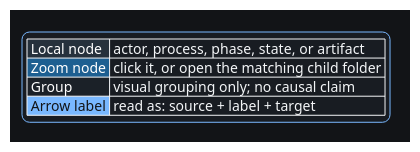
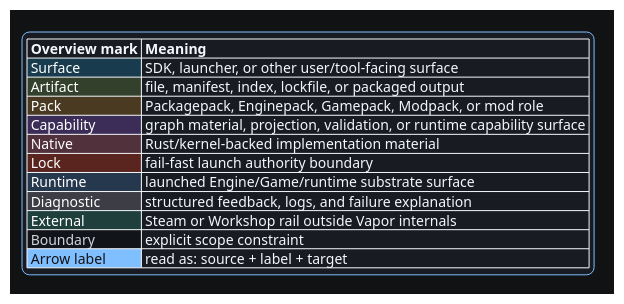
The diagram in loo_cast_alpha/docs/diagrams/_theme.puml (GHF-Studios/Loo-Cast-Legacy), drawn with PlantUML before and after one commit. The commit also changed 34 other files, not shown here.

```diff
--- a/loo_cast_alpha/docs/diagrams/_theme.puml
+++ b/loo_cast_alpha/docs/diagrams/_theme.puml
@@ -1,45 +1,117 @@
-skinparam backgroundColor #121417
+' Diagram type: overview map.
+' These marks are local visual language for overview.puml, not a global taxonomy.
+
+skinparam backgroundColor #101214
 skinparam shadowing false
 skinparam componentStyle rectangle
 skinparam defaultFontName JetBrains Mono
-skinparam defaultFontColor #f3f5f7
+skinparam defaultFontColor #f4f7fa
 skinparam linetype polyline
-skinparam nodesep 42
+skinparam nodesep 34
 skinparam ranksep 42
 skinparam ArrowMessageAlignment center
 hide stereotype
 
 skinparam rectangle {
-  BackgroundColor #26313c
-  BorderColor #7c8b9b
+  BackgroundColor #232a31
+  BorderColor #8a96a3
   FontColor #ffffff
-  RoundCorner 8
+  RoundCorner 6
 }
 
-skinparam rectangle<<zoom>> {
-  BackgroundColor #1d5f91
-  BorderColor #8fd4ff
+skinparam rectangle<<surface>> {
+  BackgroundColor #183b4d
+  BorderColor #7ac7e8
   FontColor #ffffff
 }
 
-skinparam package {
-  BackgroundColor #1b2128
-  BorderColor #5f6a75
+skinparam rectangle<<artifact>> {
+  BackgroundColor #33412c
+  BorderColor #a8cf86
   FontColor #ffffff
 }
 
-skinparam ArrowColor #79b8ff
-skinparam ArrowFontColor #f3f5f7
+skinparam rectangle<<pack>> {
+  BackgroundColor #4a3a21
+  BorderColor #f0c66e
+  FontColor #ffffff
+}
+
+skinparam rectangle<<capability>> {
+  BackgroundColor #3b2d57
+  BorderColor #c2a8ff
+  FontColor #ffffff
+}
+
+skinparam rectangle<<native>> {
+  BackgroundColor #51313b
+  BorderColor #f09aae
+  FontColor #ffffff
+}
+
+skinparam rectangle<<lock>> {
+  BackgroundColor #5b251f
+  BorderColor #ff8a78
+  FontColor #ffffff
+}
+
+skinparam rectangle<<runtime>> {
+  BackgroundColor #26384e
+  BorderColor #92beff
+  FontColor #ffffff
+}
+
+skinparam rectangle<<diagnostic>> {
+  BackgroundColor #3d3d46
+  BorderColor #d1d5db
+  FontColor #ffffff
+}
+
+skinparam rectangle<<external>> {
+  BackgroundColor #1f3f3c
+  BorderColor #6dd6c6
+  FontColor #ffffff
+}
+
+skinparam rectangle<<boundary>> {
+  BackgroundColor #111418
+  BorderColor #d1d5db
+  FontColor #d1d5db
+}
+
+skinparam package {
+  BackgroundColor #171c22
+  BorderColor #5f6b78
+  FontColor #ffffff
+}
+
+skinparam package<<plane>> {
+  BackgroundColor #151a20
+  BorderColor #6d7886
+  FontColor #ffffff
+}
+
+skinparam ArrowColor #80bfff
+skinparam ArrowFontColor #f4f7fa
+skinparam ArrowThickness 1
 
 skinparam legend {
   BackgroundColor #181c22
-  BorderColor #79b8ff
-  FontColor #f3f5f7
+  BorderColor #80bfff
+  FontColor #f4f7fa
 }
 
 legend bottom
-|<#26313c><color:#ffffff> Local node </color>| actor, process, phase, state, or artifact |
-|<#1d5f91><color:#ffffff> Zoom node </color>| click it, or open the matching child folder |
-|<#1b2128><color:#ffffff> Group </color>| visual grouping only; no causal claim |
-|<#79b8ff><color:#121417> Arrow label </color>| read as: source + label + target |
+|= Overview mark |= Meaning |
+|<#183b4d><color:#ffffff> Surface </color>| SDK, launcher, or other user/tool-facing surface |
+|<#33412c><color:#ffffff> Artifact </color>| file, manifest, index, lockfile, or packaged output |
+|<#4a3a21><color:#ffffff> Pack </color>| Packagepack, Enginepack, Gamepack, Modpack, or mod role |
+|<#3b2d57><color:#ffffff> Capability </color>| graph material, projection, validation, or runtime capability surface |
+|<#51313b><color:#ffffff> Native </color>| Rust/kernel-backed implementation material |
+|<#5b251f><color:#ffffff> Lock </color>| fail-fast launch authority boundary |
+|<#26384e><color:#ffffff> Runtime </color>| launched Engine/Game/runtime substrate surface |
+|<#3d3d46><color:#ffffff> Diagnostic </color>| structured feedback, logs, and failure explanation |
+|<#1f3f3c><color:#ffffff> External </color>| Steam or Workshop rail outside Vapor internals |
+|<#111418><color:#d1d5db> Boundary </color>| explicit scope constraint |
+|<#80bfff><color:#101214> Arrow label </color>| read as: source + label + target |
 endlegend
```
